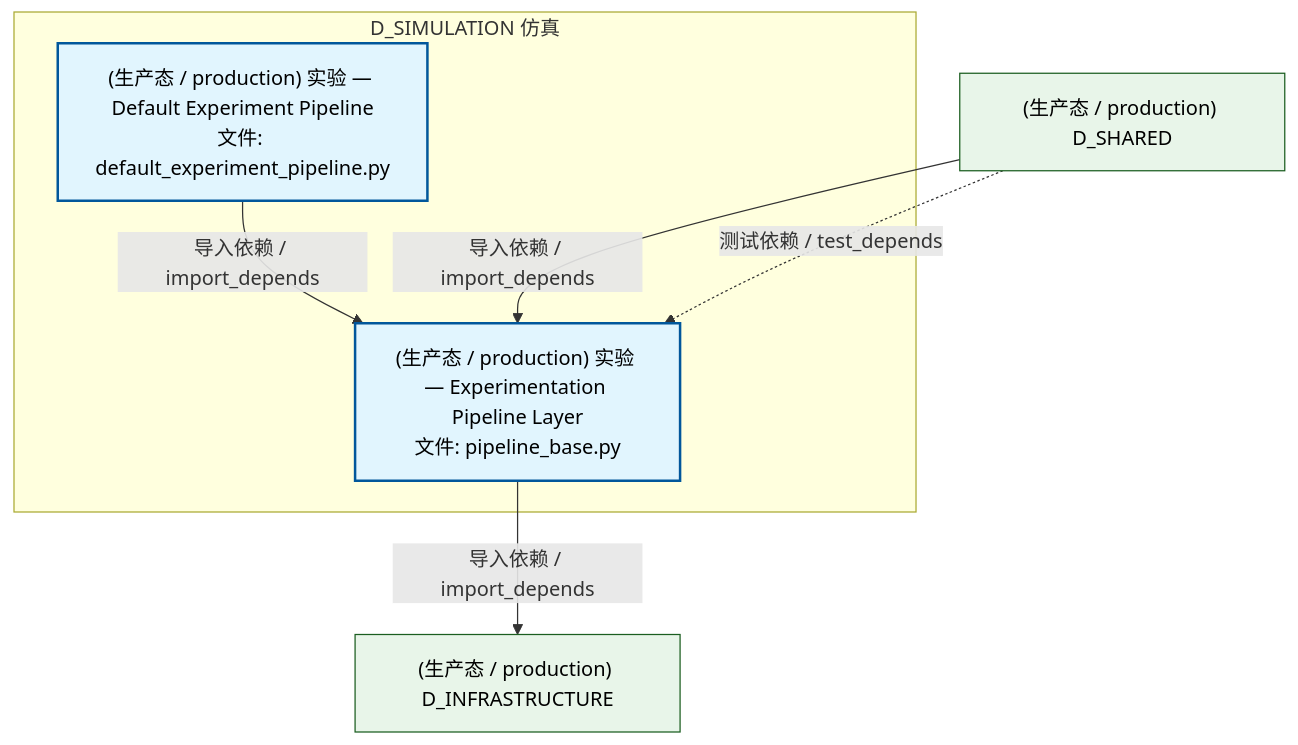
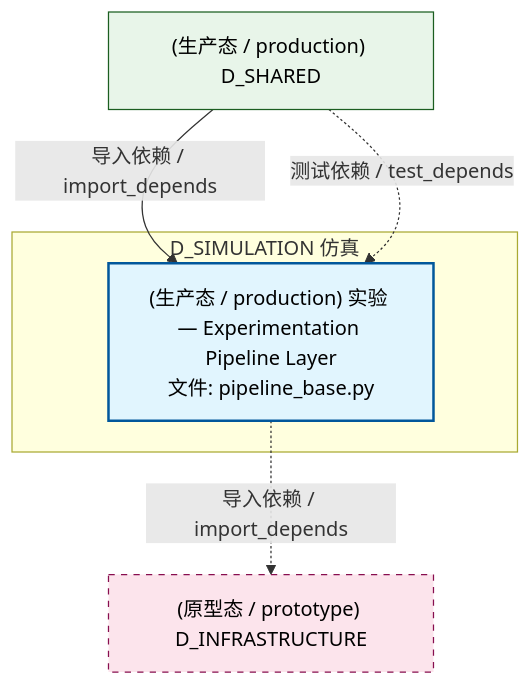
The second of 5 diagrams in docs/02_enterprise_architecture/02_domain_architecture_docs/57_d_simulation.md (xuanFelixVan/ZephyrAlpha), drawn with Mermaid before and after one commit. The commit also changed other lines of this file and 109 other files, not shown here.

````diff
--- a/docs/02_enterprise_architecture/02_domain_architecture_docs/57_d_simulation.md
+++ b/docs/02_enterprise_architecture/02_domain_architecture_docs/57_d_simulation.md
@@ -112,19 +112,18 @@
 ```mermaid
 graph TD
     subgraph D_SIMULATION["D_SIMULATION 仿真"]
-        src_zephyr_simulation_implementations_default_experiment_pipeline_py["(生产态 / production) 实验 — Default Experiment Pipeline<br/>文件: default_experiment_pipeline.py"]
         src_zephyr_simulation_pipeline_base_py["(生产态 / production) 实验 — Experimentation Pipeline Layer<br/>文件: pipeline_base.py"]
     end
-    src_zephyr_simulation_implementations_default_experiment_pipeline_py -->|导入依赖 / import_depends| src_zephyr_simulation_pipeline_base_py
-    D_INFRASTRUCTURE["(生产态 / production) D_INFRASTRUCTURE"]
-    src_zephyr_simulation_pipeline_base_py -->|导入依赖 / import_depends| D_INFRASTRUCTURE
+    D_INFRASTRUCTURE["(原型态 / prototype) D_INFRASTRUCTURE"]
+    src_zephyr_simulation_pipeline_base_py -.->|导入依赖 / import_depends| D_INFRASTRUCTURE
     D_SHARED["(生产态 / production) D_SHARED"]
     D_SHARED -->|导入依赖 / import_depends| src_zephyr_simulation_pipeline_base_py
     D_SHARED -.->|测试依赖 / test_depends| src_zephyr_simulation_pipeline_base_py
     classDef production fill:#e1f5fe,stroke:#01579b,stroke-width:2px,color:#000
     classDef design fill:#fff3e0,stroke:#e65100,stroke-width:2px,color:#000,stroke-dasharray: 5 5
     classDef external_prod fill:#e8f5e9,stroke:#1b5e20,stroke-width:1px,color:#000
     classDef external_design fill:#fce4ec,stroke:#880e4f,stroke-width:1px,color:#000,stroke-dasharray: 5 5
-    class src_zephyr_simulation_implementations_default_experiment_pipeline_py,src_zephyr_simulation_pipeline_base_py production
-    class D_INFRASTRUCTURE,D_SHARED external_prod
+    class src_zephyr_simulation_pipeline_base_py production
+    class D_SHARED external_prod
+    class D_INFRASTRUCTURE external_design
 ```
````
